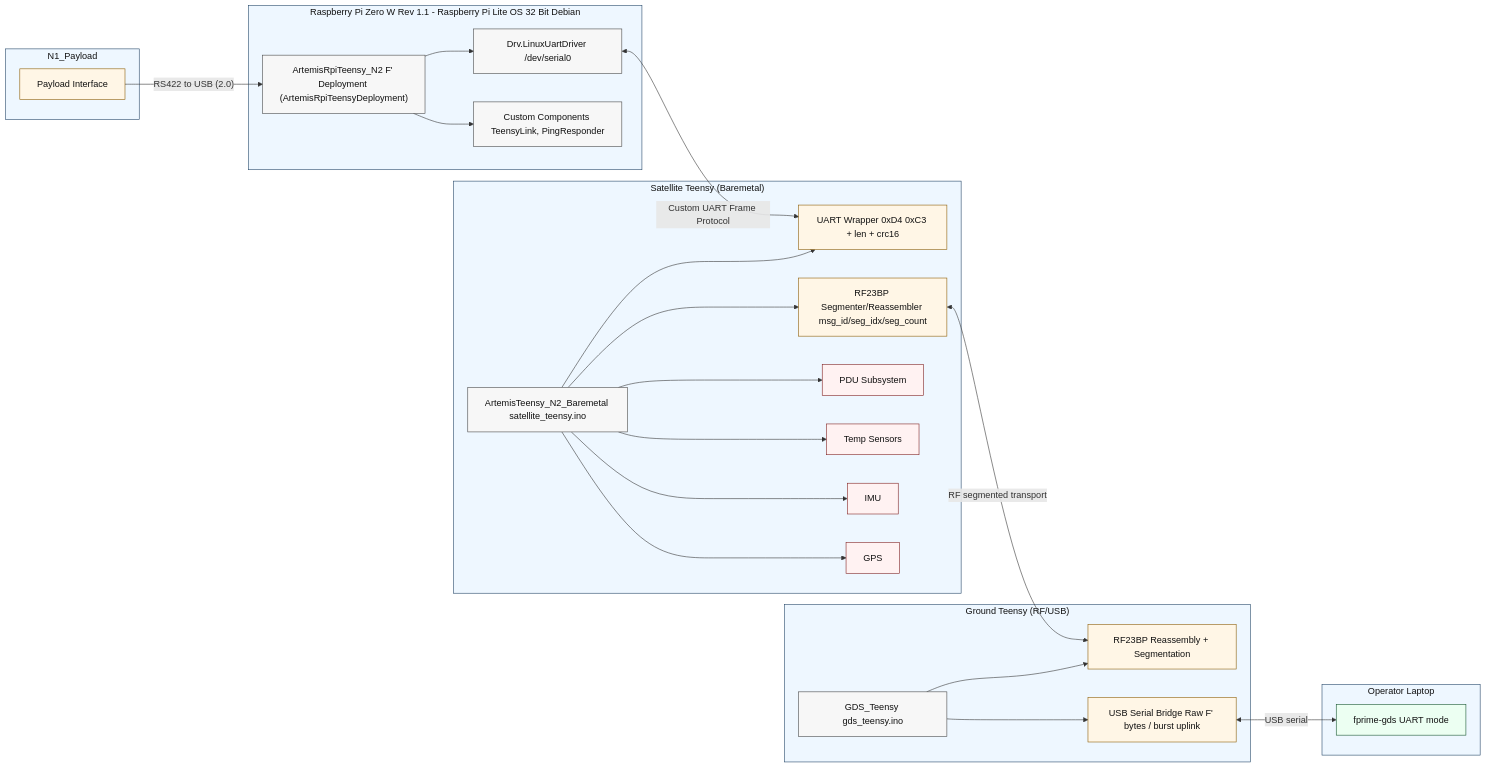
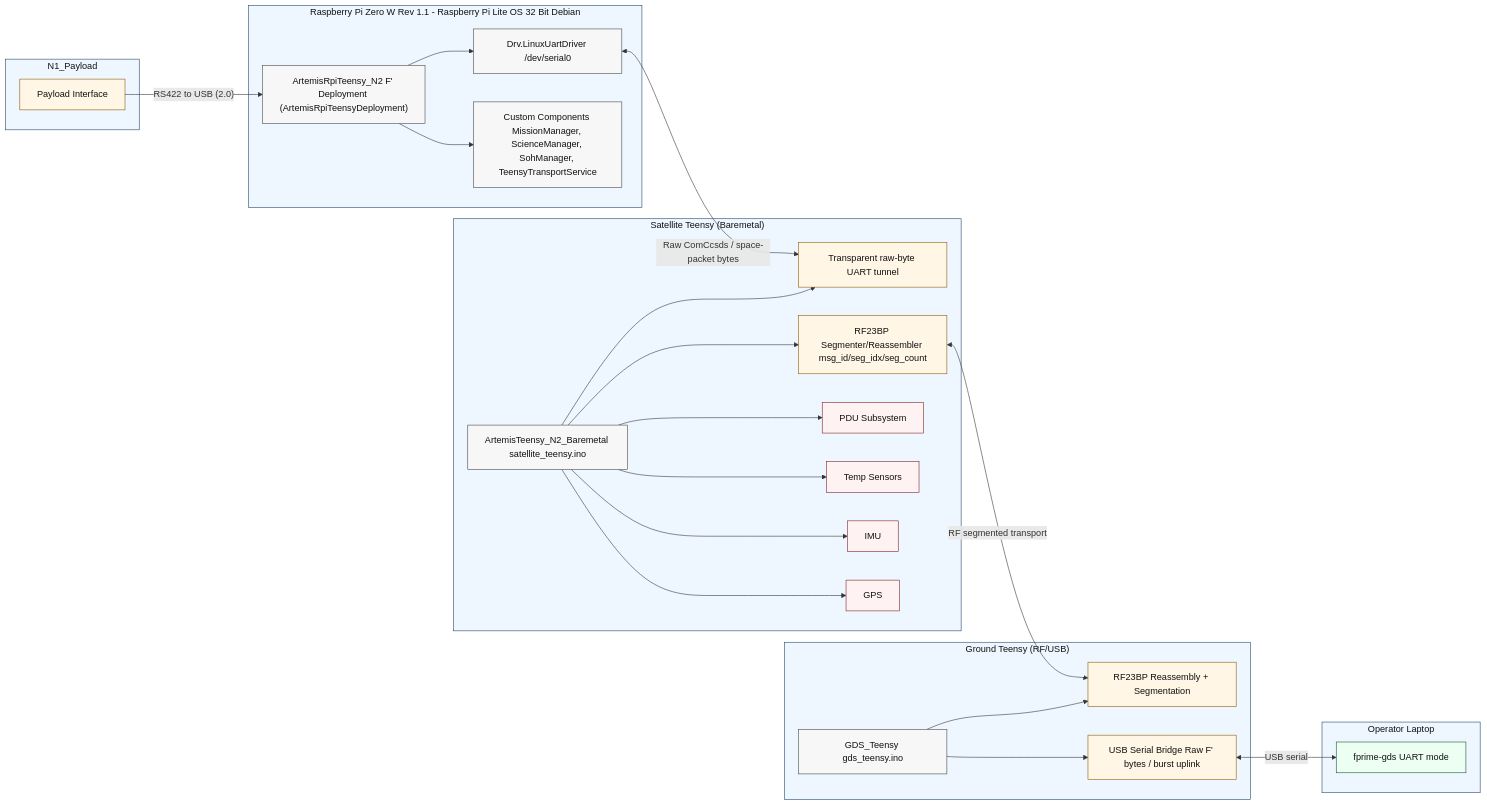
One commit to hsfl/fprime-artemis-cubesat changed the diagram in docs/flowchart LR.mmd. Above: the diagram before and after it, drawn with Mermaid. The commit also changed 9 other files, not shown here.

Commit message:
change docs to ensure raw ccsds framing not the legacy teensylink one... dont use that

```diff
--- a/docs/flowchart LR.mmd
+++ b/docs/flowchart LR.mmd
@@ -1,59 +1,59 @@
 flowchart LR
   classDef host fill:#eef7ff,stroke:#246,stroke-width:1px,color:#111;
   classDef fw fill:#f7f7f7,stroke:#444,stroke-width:1px,color:#111;
   classDef link fill:#fff6e6,stroke:#8a5a00,stroke-width:1px,color:#111;
   classDef tool fill:#ecfff2,stroke:#14532d,stroke-width:1px,color:#111;
   classDef subsystem fill:#fff2f2,stroke:#7f1d1d,stroke-width:1px,color:#111;
 
   subgraph RPI["Raspberry Pi Zero W Rev 1.1 - Raspberry Pi Lite OS 32 Bit Debian"]
     %%need to research difference between freertos and ubuntu OS - one for demo and one for flight system architecture%%
     %% put out into components: EPS, COMMS, THERMAL, GPS, Teensy, Payload, ADCS,  Mission%%
     FSW["ArtemisRpiTeensy_N2 F' Deployment (ArtemisRpiTeensyDeployment)"]:::fw
     LINUXUART["Drv.LinuxUartDriver /dev/serial0"]:::fw
-    APP["Custom Components TeensyLink, PingResponder"]:::fw
+    APP["Custom Components MissionManager, ScienceManager, SohManager, TeensyTransportService"]:::fw
     FSW --> APP
     FSW --> LINUXUART
   end
   class RPI host;
 
   subgraph SAT["Satellite Teensy (Baremetal)"]
     SATFW["ArtemisTeensy_N2_Baremetal satellite_teensy.ino"]:::fw
-    SATUART["UART Wrapper 0xD4 0xC3 + len + crc16"]:::link
+    SATUART["Transparent raw-byte UART tunnel"]:::link
     SATRF["RF23BP Segmenter/Reassembler msg_id/seg_idx/seg_count"]:::link
     PDU["PDU Subsystem"]:::subsystem
     TEMP["Temp Sensors"]:::subsystem
     IMU["IMU"]:::subsystem
     GPS["GPS"]:::subsystem
     SATFW --> SATUART
     SATFW --> SATRF
     SATFW --> PDU
     SATFW --> TEMP
     SATFW --> IMU
     SATFW --> GPS
   end
   class SAT host;
 
   subgraph GRD["Ground Teensy (RF/USB)"]
     GRDFW["GDS_Teensy gds_teensy.ino"]:::fw
     GRDRF["RF23BP Reassembly + Segmentation"]:::link
     GRDUSB["USB Serial Bridge Raw F' bytes / burst uplink"]:::link
     GRDFW --> GRDRF
     GRDFW --> GRDUSB
   end
   class GRD host;
 
   subgraph OPS["Operator Laptop"]
     GDS["fprime-gds UART mode"]:::tool
   end
   class OPS host;
 
   subgraph N1_PAYLOAD["N1_Payload"]
     N1USB["Payload Interface"]:::link
   end
   class N1_PAYLOAD host;
 
   N1USB -->|"RS422 to USB (2.0)"| FSW
 
-  LINUXUART <-->|"Custom UART Frame Protocol"| SATUART
+  LINUXUART <-->|"Raw ComCcsds / space-packet bytes"| SATUART
   SATRF <-->|"RF segmented transport"| GRDRF
   GRDUSB <-->|"USB serial"| GDS
```
